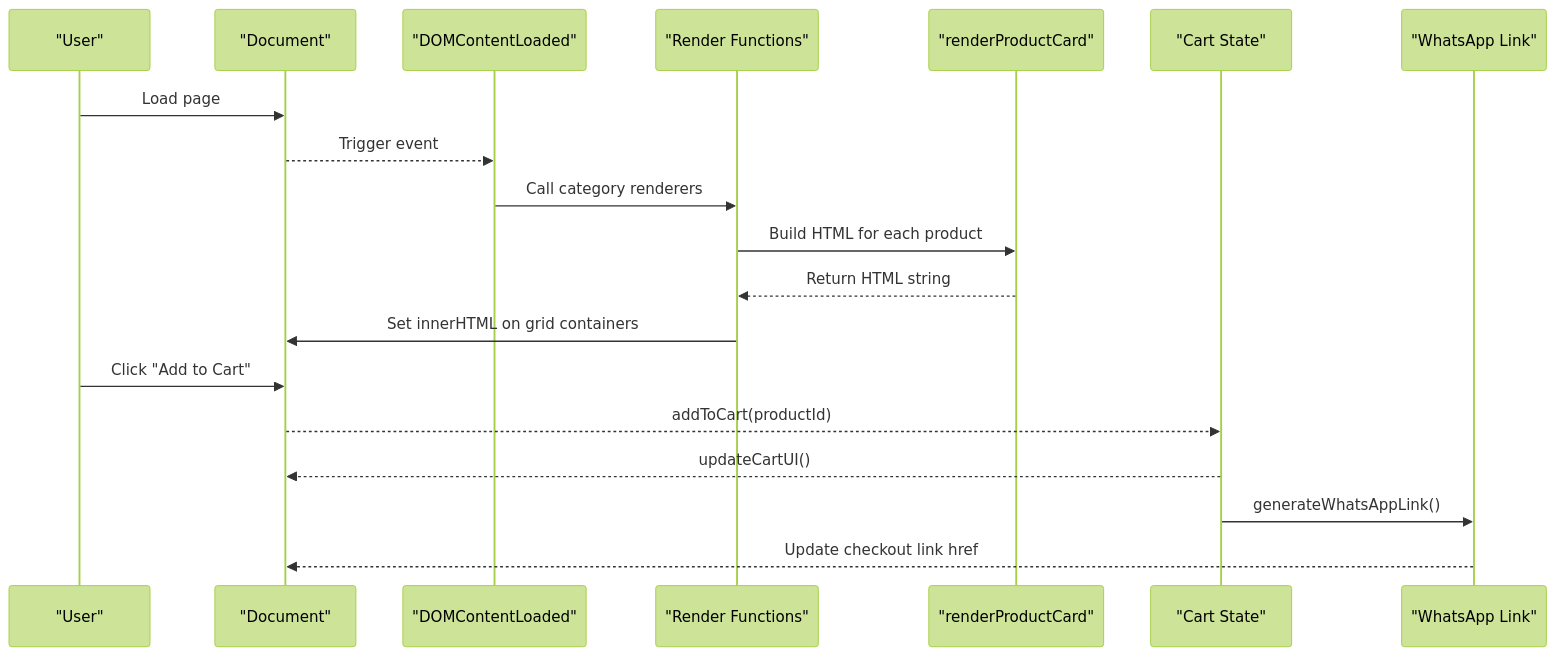
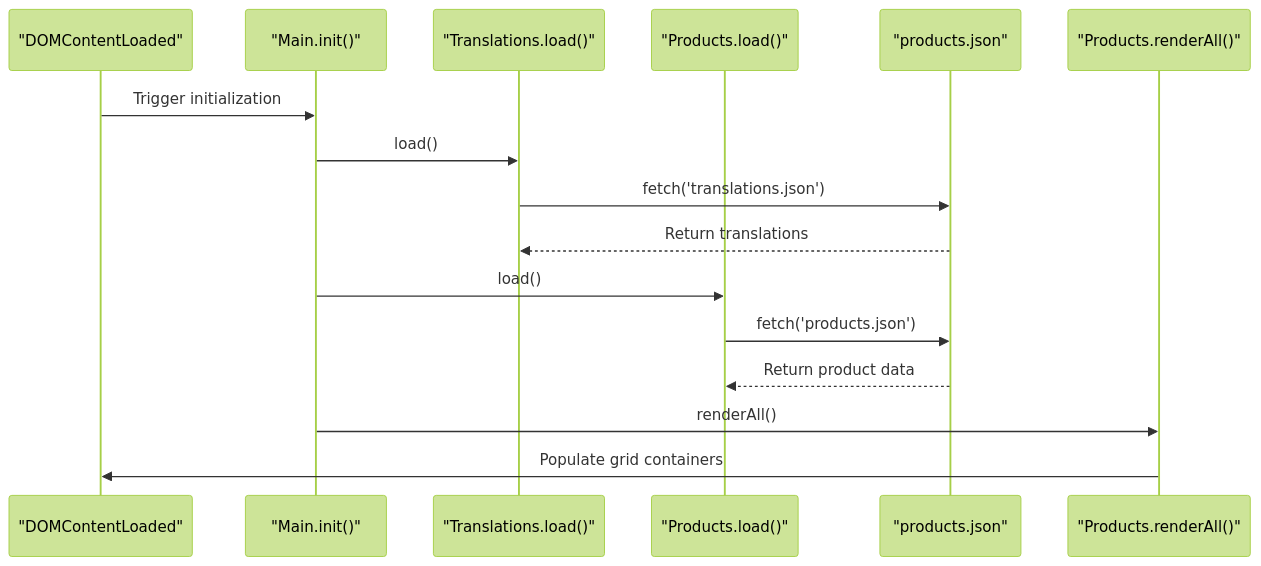
One commit to queenflowerhk/queenflowerhk.github.io changed the second of 6 diagrams in .qoder/repowiki/en/content/Product Management System/Product Management System.md. Above: the diagram before and after it, drawn with Mermaid (forest theme). The commit also changed other lines of this file and 36 other files, not shown here.

````diff
--- a/.qoder/repowiki/en/content/Product Management System/Product Management System.md
+++ b/.qoder/repowiki/en/content/Product Management System/Product Management System.md
@@ -81,21 +106,18 @@
 ```mermaid
 sequenceDiagram
-participant User as "User"
-participant DOM as "Document"
-participant Init as "DOMContentLoaded"
-participant Render as "Render Functions"
-participant Card as "renderProductCard"
-participant Cart as "Cart State"
-participant WA as "WhatsApp Link"
-User->>DOM : Load page
-DOM-->>Init : Trigger event
-Init->>Render : Call category renderers
-Render->>Card : Build HTML for each product
-Card-->>Render : Return HTML string
-Render->>DOM : Set innerHTML on grid containers
-User->>DOM : Click "Add to Cart"
-DOM-->>Cart : addToCart(productId)
-Cart-->>DOM : updateCartUI()
-Cart->>WA : generateWhatsAppLink()
-WA-->>DOM : Update checkout link href
+participant DOM as "DOMContentLoaded"
+participant Main as "Main.init()"
+participant Translations as "Translations.load()"
+participant Products as "Products.load()"
+participant JSON as "products.json"
+participant Render as "Products.renderAll()"
+DOM->>Main : Trigger initialization
+Main->>Translations : load()
+Translations->>JSON : fetch('translations.json')
+JSON-->>Translations : Return translations
+Main->>Products : load()
+Products->>JSON : fetch('products.json')
+JSON-->>Products : Return product data
+Main->>Render : renderAll()
+Render->>DOM : Populate grid containers
 ```
````
